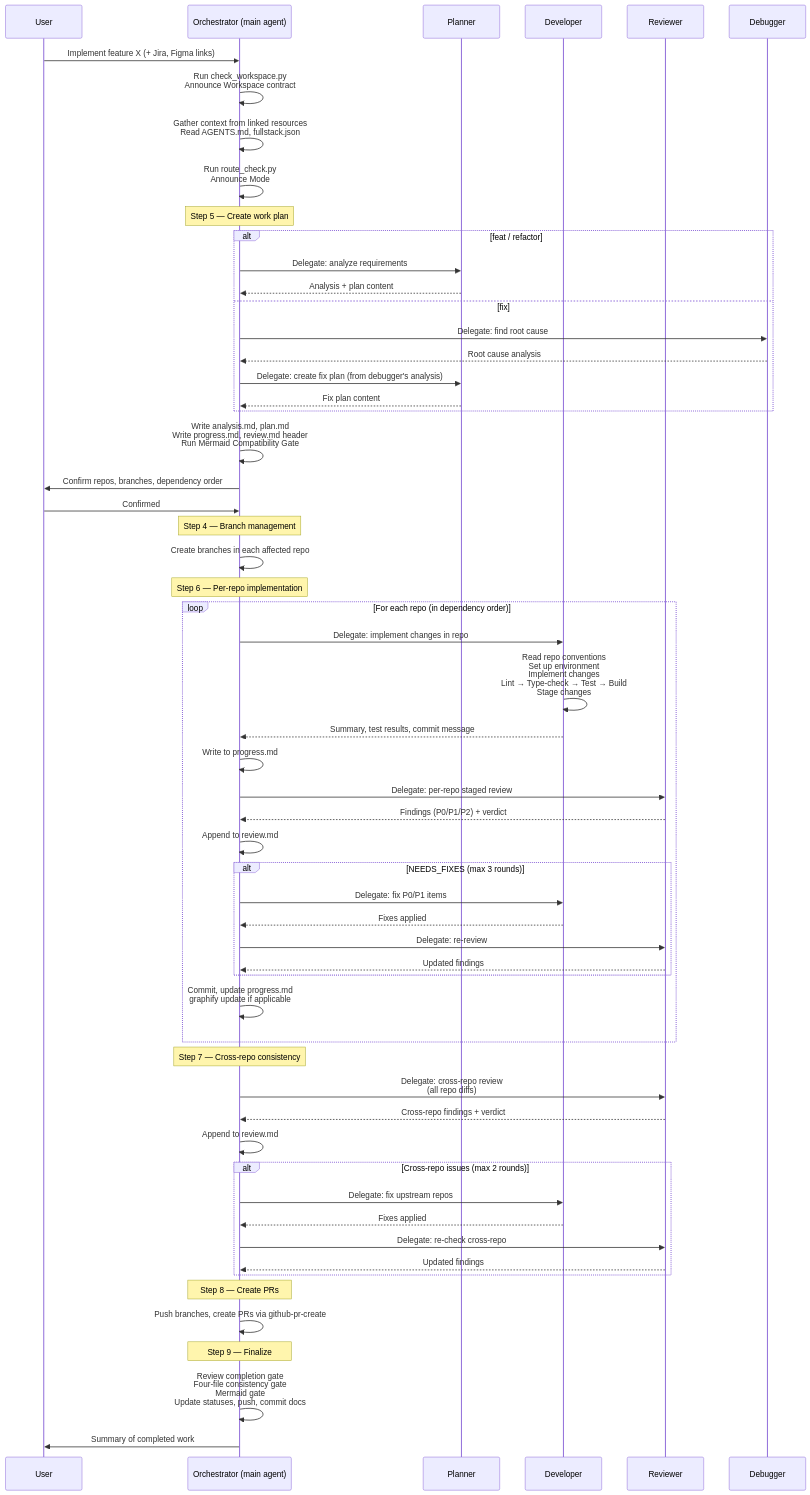
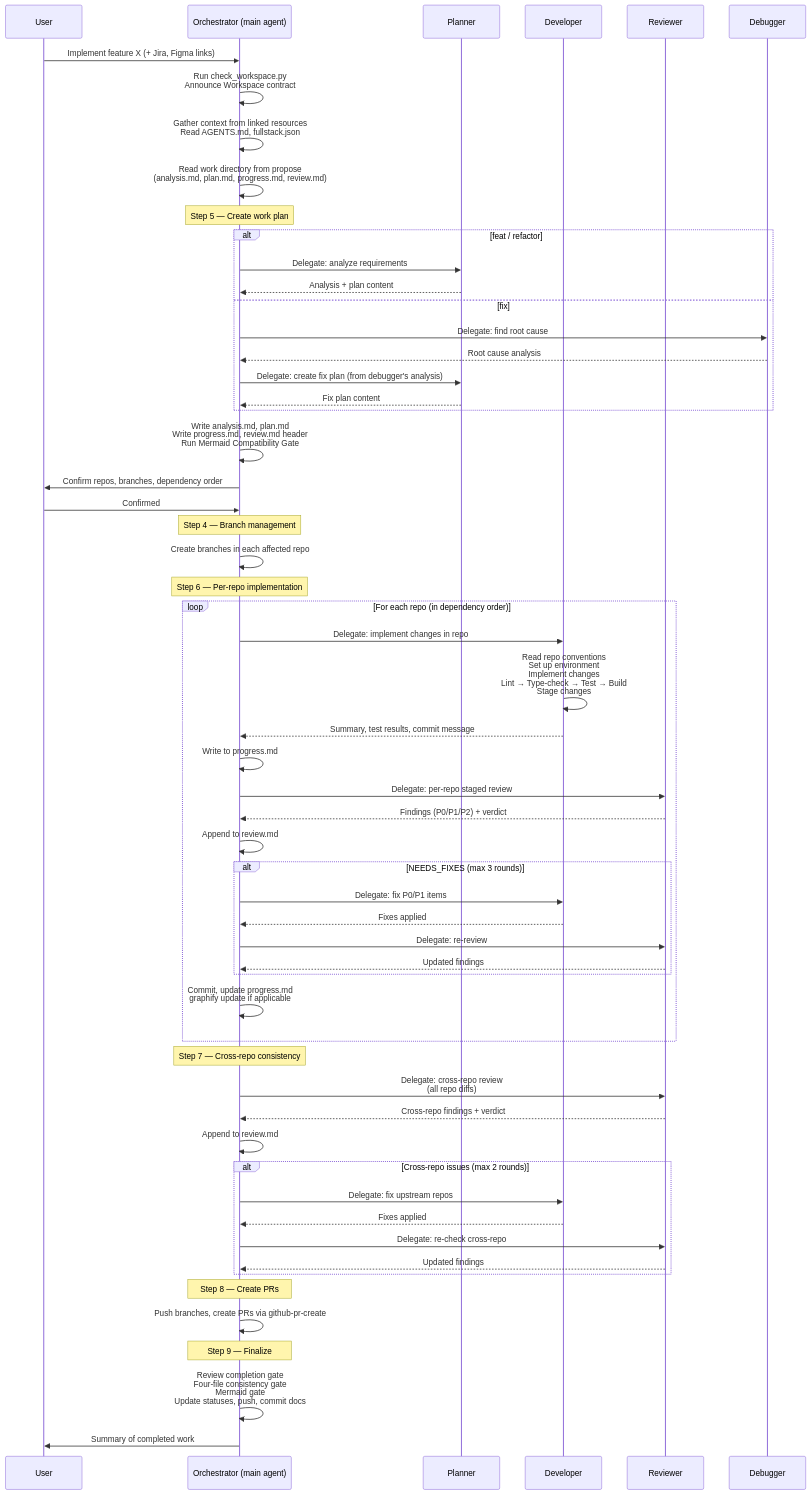
One commit to jie-meng/mythril-agent-skills changed the first of 2 diagrams in docs/fullstack/AGENT-ORCHESTRATION.md. Above: the diagram before and after it, drawn with Mermaid. The commit also changed other lines of this file and 35 other files, not shown here.

````diff
--- a/docs/fullstack/AGENT-ORCHESTRATION.md
+++ b/docs/fullstack/AGENT-ORCHESTRATION.md
@@ -87,73 +93,73 @@
 ```mermaid
 sequenceDiagram
     participant User
     participant Orch as Orchestrator (main agent)
     participant Planner
     participant Dev as Developer
     participant Rev as Reviewer
     participant Debugger
 
     User->>Orch: Implement feature X (+ Jira, Figma links)
     Orch->>Orch: Run check_workspace.py<br/>Announce Workspace contract
     Orch->>Orch: Gather context from linked resources<br/>Read AGENTS.md, fullstack.json
-    Orch->>Orch: Run route_check.py<br/>Announce Mode
+    Orch->>Orch: Read work directory from propose<br/>(analysis.md, plan.md, progress.md, review.md)
 
     Note over Orch: Step 5 — Create work plan
 
     alt feat / refactor
         Orch->>Planner: Delegate: analyze requirements
         Planner-->>Orch: Analysis + plan content
     else fix
         Orch->>Debugger: Delegate: find root cause
         Debugger-->>Orch: Root cause analysis
         Orch->>Planner: Delegate: create fix plan (from debugger's analysis)
         Planner-->>Orch: Fix plan content
     end
 
     Orch->>Orch: Write analysis.md, plan.md<br/>Write progress.md, review.md header<br/>Run Mermaid Compatibility Gate
     Orch->>User: Confirm repos, branches, dependency order
     User->>Orch: Confirmed
 
     Note over Orch: Step 4 — Branch management
     Orch->>Orch: Create branches in each affected repo
 
     Note over Orch: Step 6 — Per-repo implementation
     loop For each repo (in dependency order)
         Orch->>Dev: Delegate: implement changes in repo
         Dev->>Dev: Read repo conventions<br/>Set up environment<br/>Implement changes<br/>Lint → Type-check → Test → Build<br/>Stage changes
         Dev-->>Orch: Summary, test results, commit message
         Orch->>Orch: Write to progress.md
 
         Orch->>Rev: Delegate: per-repo staged review
         Rev-->>Orch: Findings (P0/P1/P2) + verdict
         Orch->>Orch: Append to review.md
 
         alt NEEDS_FIXES (max 3 rounds)
             Orch->>Dev: Delegate: fix P0/P1 items
             Dev-->>Orch: Fixes applied
             Orch->>Rev: Delegate: re-review
             Rev-->>Orch: Updated findings
         end
 
         Orch->>Orch: Commit, update progress.md<br/>graphify update if applicable
     end
 
     Note over Orch: Step 7 — Cross-repo consistency
     Orch->>Rev: Delegate: cross-repo review<br/>(all repo diffs)
     Rev-->>Orch: Cross-repo findings + verdict
     Orch->>Orch: Append to review.md
 
     alt Cross-repo issues (max 2 rounds)
         Orch->>Dev: Delegate: fix upstream repos
         Dev-->>Orch: Fixes applied
         Orch->>Rev: Delegate: re-check cross-repo
         Rev-->>Orch: Updated findings
     end
 
     Note over Orch: Step 8 — Create PRs
     Orch->>Orch: Push branches, create PRs via github-pr-create
 
     Note over Orch: Step 9 — Finalize
     Orch->>Orch: Review completion gate<br/>Four-file consistency gate<br/>Mermaid gate<br/>Update statuses, push, commit docs
     Orch->>User: Summary of completed work
 ```
````
